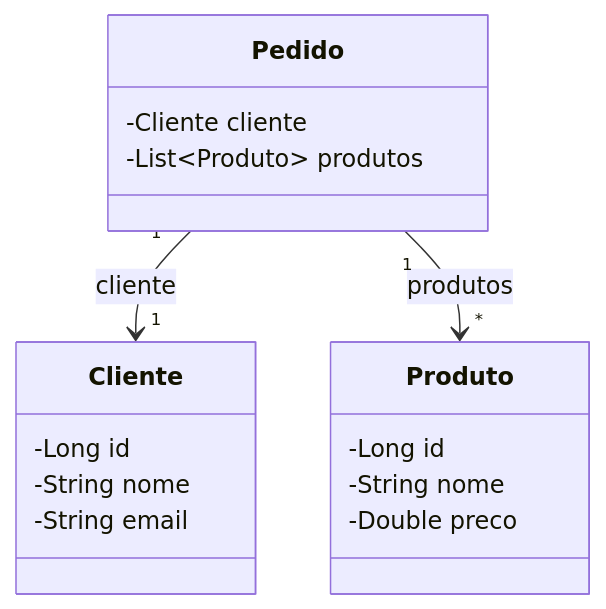
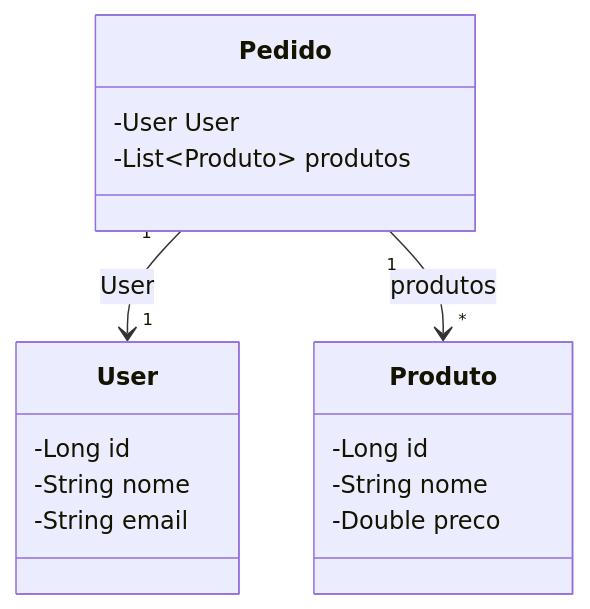
Before and after one commit to LucasAlmeida-cmd/ecommerce: the diagram in README.md, drawn with Mermaid.

````diff
--- a/README.md
+++ b/README.md
@@ -5,22 +5,22 @@
 ```mermaid
 classDiagram
     class Pedido {
-        -Cliente cliente
+        -User User
         -List~Produto~ produtos
     }
 
-    class Cliente {
+    class User {
         -Long id
         -String nome
         -String email
     }
 
     class Produto {
         -Long id
         -String nome
         -Double preco
     }
 
-    Pedido "1" --> "1" Cliente : cliente
+    Pedido "1" --> "1" User : User
     Pedido "1" --> "*" Produto : produtos
 ```
````
